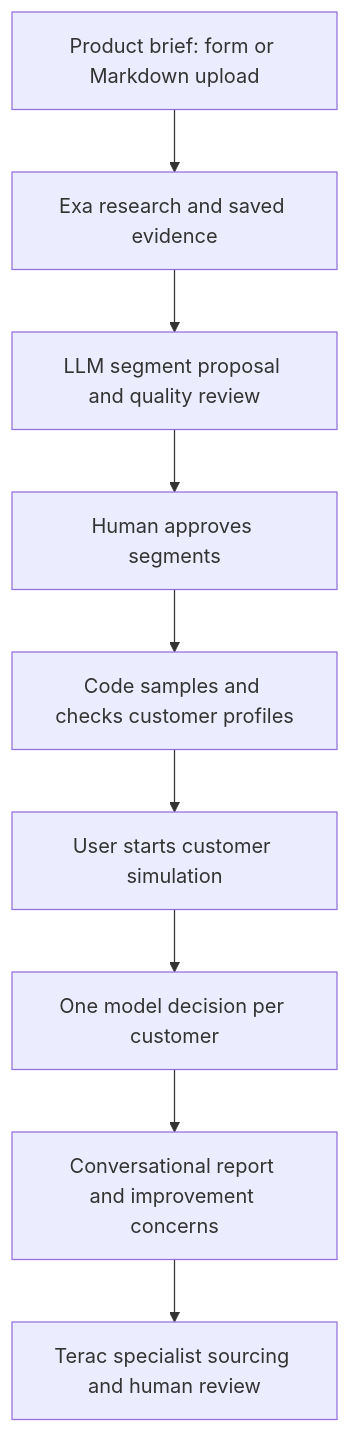
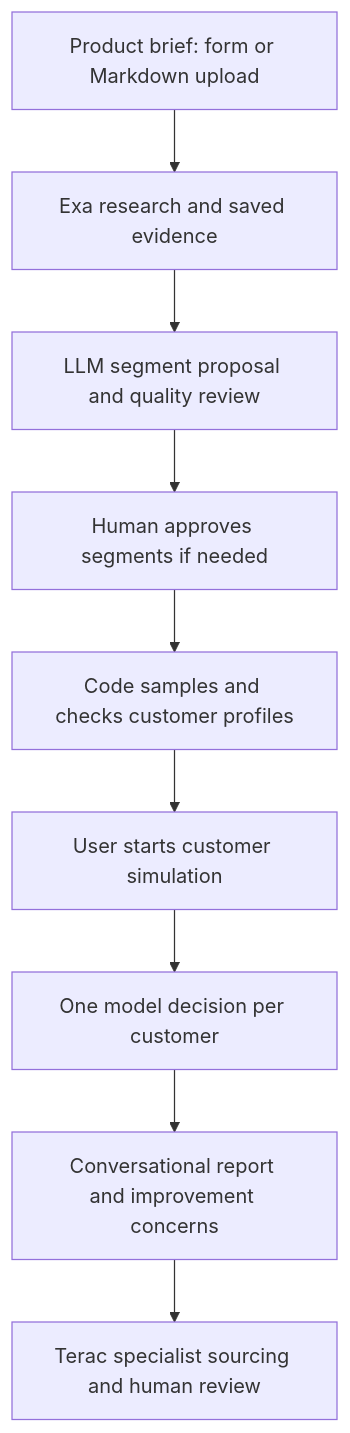
The diagram in README.md (JANARDHANAREDDYMS/zero-human-hack-janardhan), drawn with Mermaid before and after one commit.

Commit message:
read me update

````diff
--- a/README.md
+++ b/README.md
@@ -20,11 +20,11 @@
 ```mermaid
 flowchart TD
     A[Product brief: form or Markdown upload] --> B[Exa research and saved evidence]
     B --> C[LLM segment proposal and quality review]
-    C --> D[Human approves segments]
+    C --> D[Human approves segments if needed]
     D --> E[Code samples and checks customer profiles]
     E --> F[User starts customer simulation]
     F --> G[One model decision per customer]
     G --> H[Conversational report and improvement concerns]
     H --> I[Terac specialist sourcing and human review]
 ```
````
